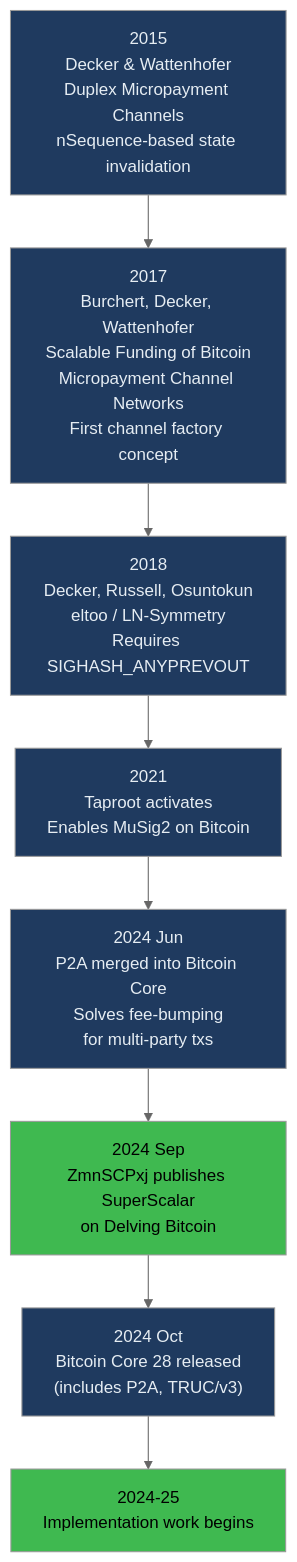
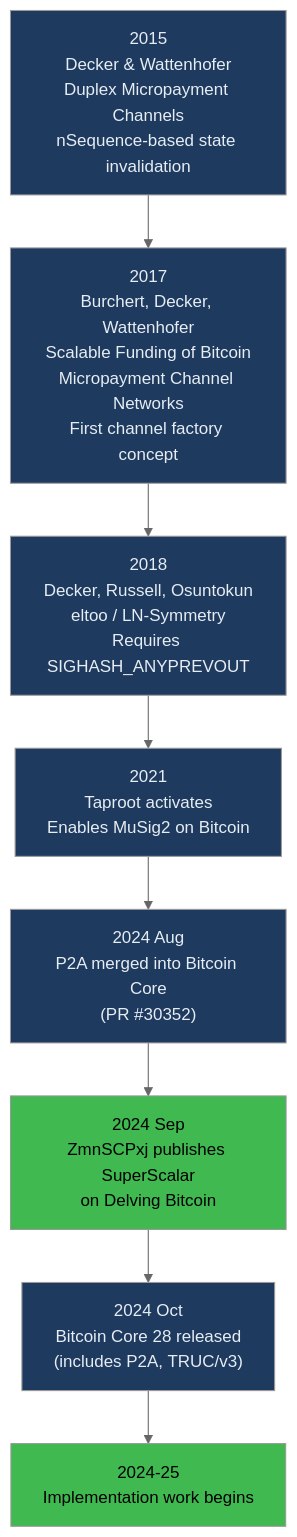
One commit to 8144225309/superscalar-docs changed the diagram in context/history-and-origins.md. Above: the diagram before and after it, drawn with Mermaid (neutral theme). The commit also changed other lines of this file and 31 other files, not shown here.

````diff
--- a/context/history-and-origins.md
+++ b/context/history-and-origins.md
@@ -7,22 +7,22 @@
 ```mermaid
 graph TD
     Y2015["2015<br/>Decker & Wattenhofer<br/>Duplex Micropayment Channels<br/>nSequence-based state invalidation"]
     Y2017["2017<br/>Burchert, Decker, Wattenhofer<br/>Scalable Funding of Bitcoin<br/>Micropayment Channel Networks<br/>First channel factory concept"]
     Y2018["2018<br/>Decker, Russell, Osuntokun<br/>eltoo / LN-Symmetry<br/>Requires SIGHASH_ANYPREVOUT"]
     Y2021["2021<br/>Taproot activates<br/>Enables MuSig2 on Bitcoin"]
-    Y2024a["2024 Jun<br/>P2A merged into Bitcoin Core<br/>Solves fee-bumping<br/>for multi-party txs"]
+    Y2024a["2024 Aug<br/>P2A merged into Bitcoin Core<br/>(PR #30352)"]
     Y2024b["2024 Sep<br/>ZmnSCPxj publishes SuperScalar<br/>on Delving Bitcoin"]
     Y2024c["2024 Oct<br/>Bitcoin Core 28 released<br/>(includes P2A, TRUC/v3)"]
     Y2025["2024-25<br/>Implementation work begins"]
 
     Y2015 --> Y2017 --> Y2018 --> Y2021 --> Y2024a --> Y2024b --> Y2024c --> Y2025
 
     style Y2015 fill:#1f3a5f,color:#e6edf3
     style Y2017 fill:#1f3a5f,color:#e6edf3
     style Y2018 fill:#1f3a5f,color:#e6edf3
     style Y2021 fill:#1f3a5f,color:#e6edf3
     style Y2024a fill:#1f3a5f,color:#e6edf3
     style Y2024b fill:#3fb950,color:#000
     style Y2024c fill:#1f3a5f,color:#e6edf3
     style Y2025 fill:#3fb950,color:#000
 ```
````
